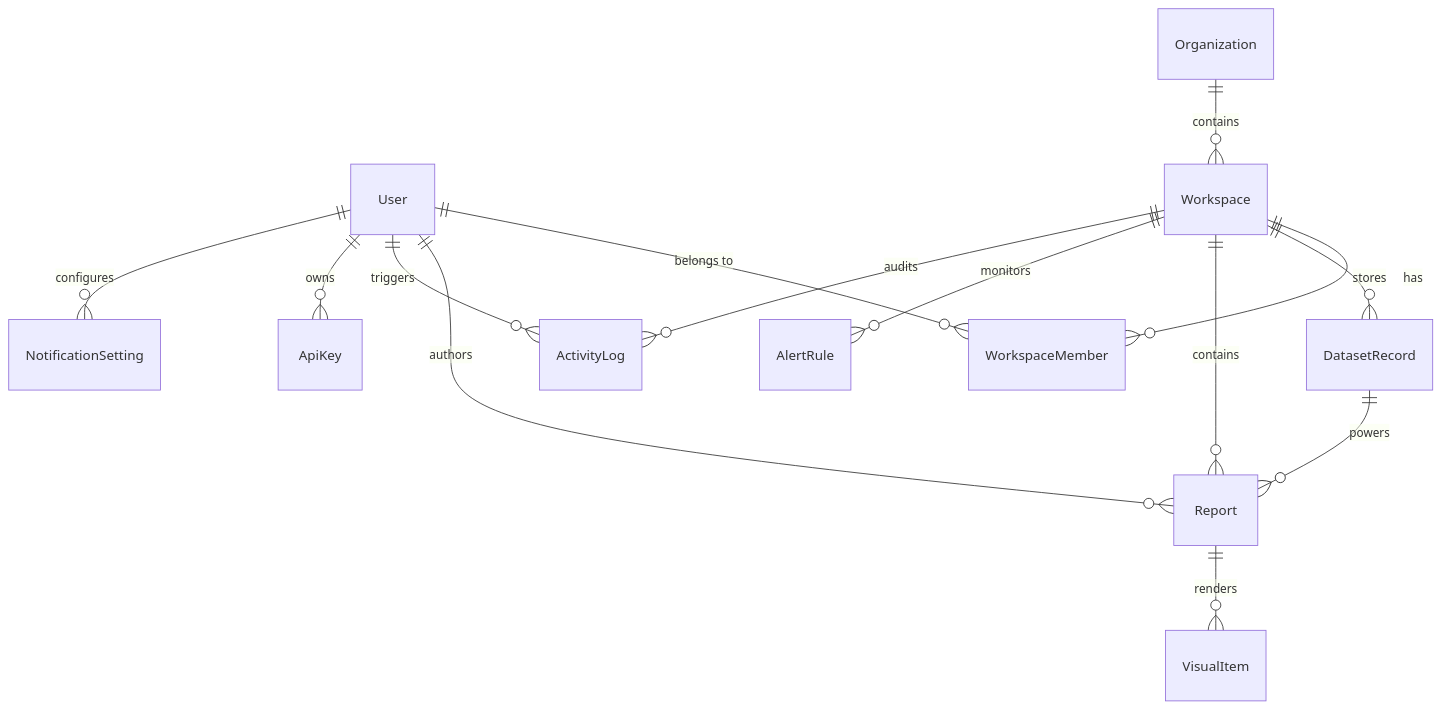
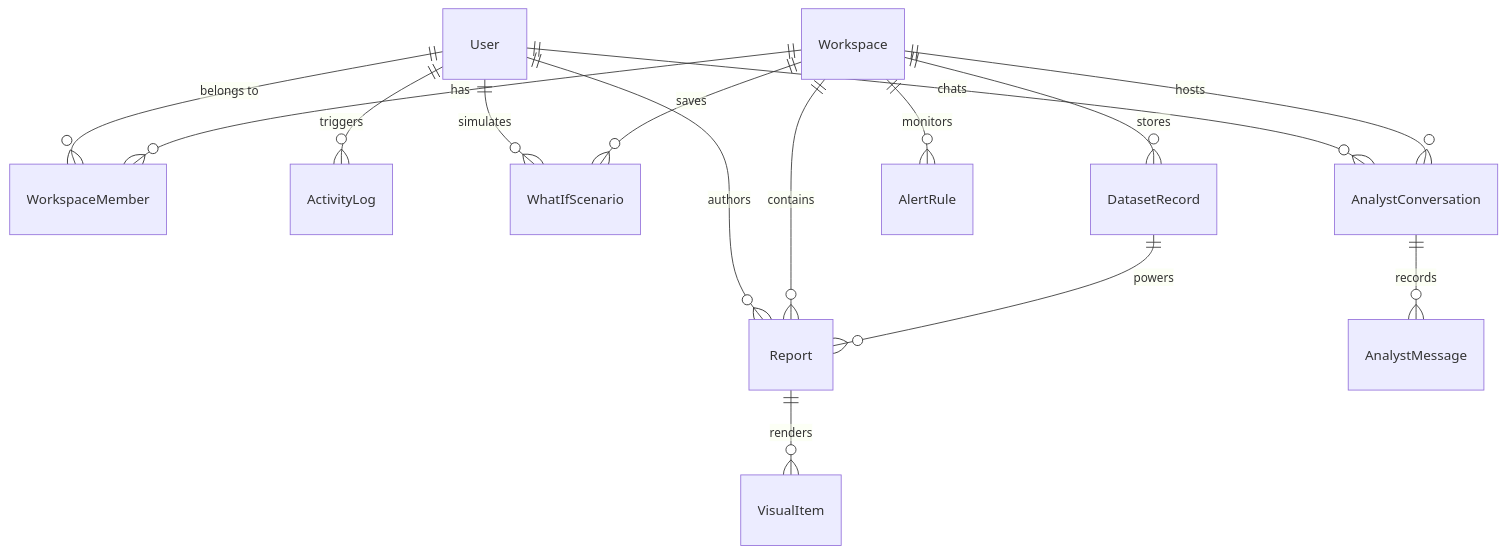
One commit to sathvikkasanagpttu/InsightOps-AI changed the second of 2 diagrams in README.md. Above: the diagram before and after it, drawn with Mermaid. The commit also changed other lines of this file and 24 other files, not shown here.

````diff
--- a/README.md
+++ b/README.md
@@ -278,18 +250,19 @@
 ```mermaid
 erDiagram
     User ||--o{ WorkspaceMember : "belongs to"
     User ||--o{ Report : "authors"
     User ||--o{ ActivityLog : "triggers"
-    User ||--o{ ApiKey : "owns"
-    User ||--o{ NotificationSetting : "configures"
+    User ||--o{ WhatIfScenario : "simulates"
+    User ||--o{ AnalystConversation : "chats"
 
-    Organization ||--o{ Workspace : "contains"
     Workspace ||--o{ WorkspaceMember : "has"
     Workspace ||--o{ DatasetRecord : "stores"
     Workspace ||--o{ Report : "contains"
     Workspace ||--o{ AlertRule : "monitors"
-    Workspace ||--o{ ActivityLog : "audits"
+    Workspace ||--o{ WhatIfScenario : "saves"
+    Workspace ||--o{ AnalystConversation : "hosts"
 
+    AnalystConversation ||--o{ AnalystMessage : "records"
     DatasetRecord ||--o{ Report : "powers"
     Report ||--o{ VisualItem : "renders"
 ```
````
